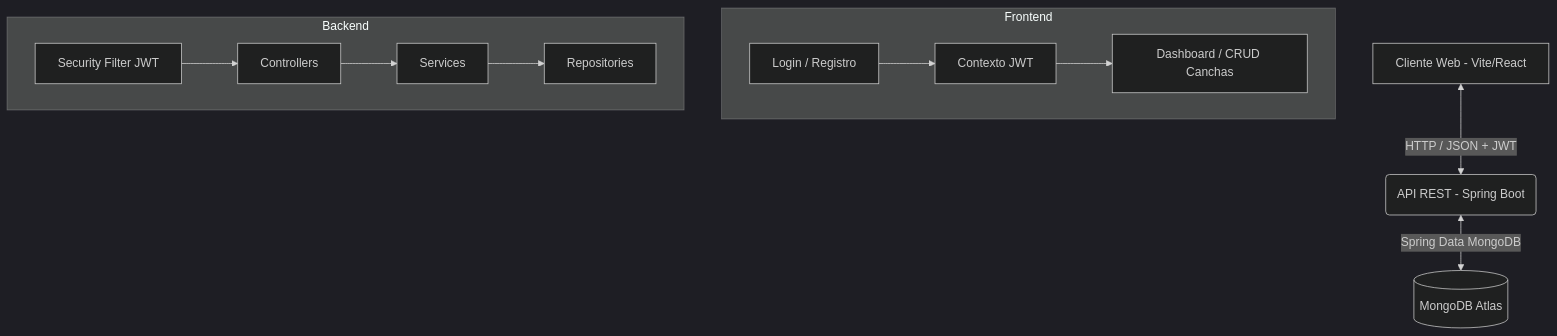
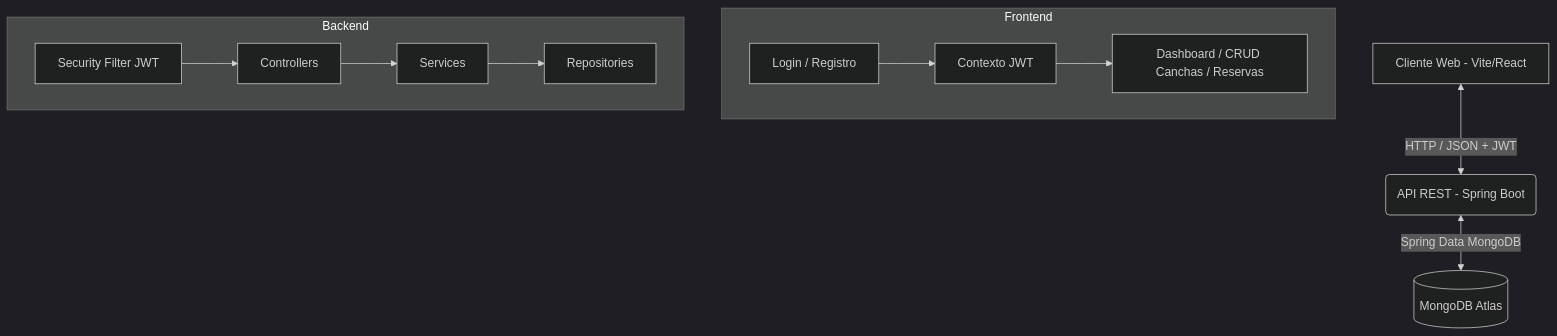
One commit to Estebann8312/FutReserve changed the diagram in README.md. Above: the diagram before and after it, drawn with Mermaid (dark theme). The commit also changed other lines of this file and 1 other file, not shown here.

````diff
--- a/README.md
+++ b/README.md
@@ -67,16 +28,16 @@
 ```mermaid
 graph TD
     A[Cliente Web - Vite/React] <-->|HTTP / JSON + JWT| B(API REST - Spring Boot)
     B <-->|Spring Data MongoDB| C[(MongoDB Atlas)]
     
     subgraph Frontend
     A1[Login / Registro] --> A2[Contexto JWT]
-    A2 --> A3[Dashboard / CRUD Canchas]
+    A2 --> A3[Dashboard / CRUD Canchas / Reservas]
     end
     
     subgraph Backend
     B1[Security Filter JWT] --> B2[Controllers]
     B2 --> B3[Services]
     B3 --> B4[Repositories]
     end
 ```
````
